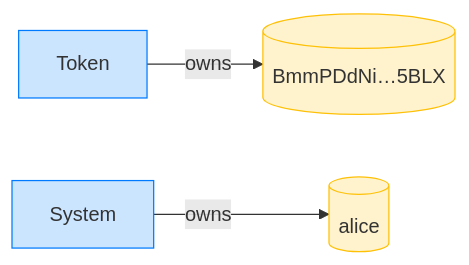
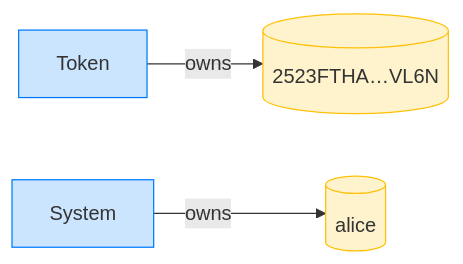
Before and after one commit to cds-rs/subscriptions: diagram 16 of 28 in dsl_tests/recurring-transfer-after-a-token-revoke-is-refused-until-re-approved-for-the-max.md, drawn with Mermaid. The commit also changed other lines of this file and 224 other files, not shown here.

````diff
--- a/dsl_tests/recurring-transfer-after-a-token-revoke-is-refused-until-re-approved-for-the-max.md
+++ b/dsl_tests/recurring-transfer-after-a-token-revoke-is-refused-until-re-approved-for-the-max.md
@@ -309,11 +324,11 @@
 ```mermaid
 flowchart LR
     classDef owner fill:#cce5ff,stroke:#007bff;
     classDef account fill:#fff3cd,stroke:#ffc107;
     Token[Token]:::owner
-    BmmPDdNi_5BLX[("BmmPDdNi…5BLX")]:::account
+    2523FTHA_VL6N[("2523FTHA…VL6N")]:::account
     System[System]:::owner
     alice[(alice)]:::account
-    Token -->|owns| BmmPDdNi_5BLX
+    Token -->|owns| 2523FTHA_VL6N
     System -->|owns| alice
 ```
````
